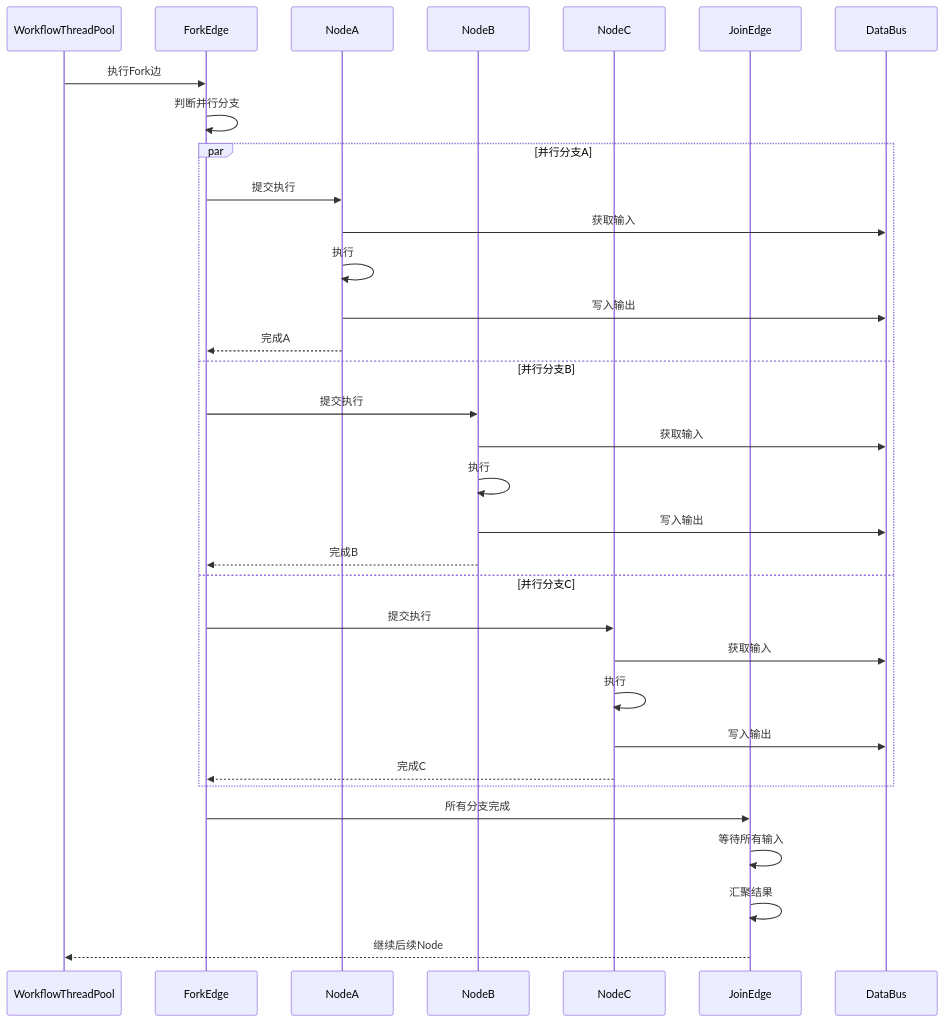
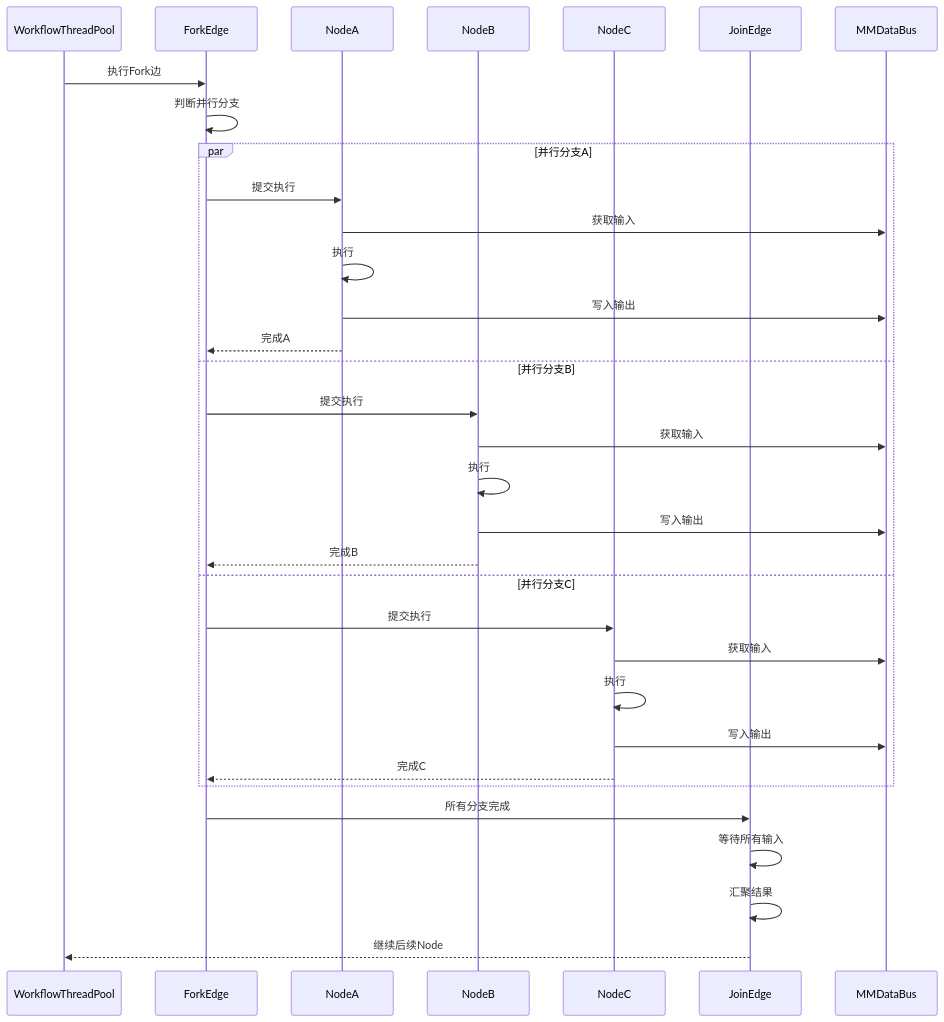
One commit to xyz11274/agentf changed the third of 11 diagrams in docs/scheduling.md. Above: the diagram before and after it, drawn with Mermaid. The commit also changed other lines of this file and 106 other files, not shown here.

````diff
--- a/docs/scheduling.md
+++ b/docs/scheduling.md
@@ -636,38 +636,38 @@
 ```mermaid
 sequenceDiagram
     participant WFP as WorkflowThreadPool
     participant Fork as ForkEdge
     participant NodeA as NodeA
     participant NodeB as NodeB
     participant NodeC as NodeC
     participant Join as JoinEdge
-    participant DB as DataBus
+    participant DB as MMDataBus
 
     WFP->>Fork: 执行Fork边
     Fork->>Fork: 判断并行分支
 
     par 并行分支A
         Fork->>NodeA: 提交执行
         NodeA->>DB: 获取输入
         NodeA->>NodeA: 执行
         NodeA->>DB: 写入输出
         NodeA-->>Fork: 完成A
     and 并行分支B
         Fork->>NodeB: 提交执行
         NodeB->>DB: 获取输入
         NodeB->>NodeB: 执行
         NodeB->>DB: 写入输出
         NodeB-->>Fork: 完成B
     and 并行分支C
         Fork->>NodeC: 提交执行
         NodeC->>DB: 获取输入
         NodeC->>NodeC: 执行
         NodeC->>DB: 写入输出
         NodeC-->>Fork: 完成C
     end
 
     Fork->>Join: 所有分支完成
     Join->>Join: 等待所有输入
     Join->>Join: 汇聚结果
     Join-->>WFP: 继续后续Node
 ```
````
